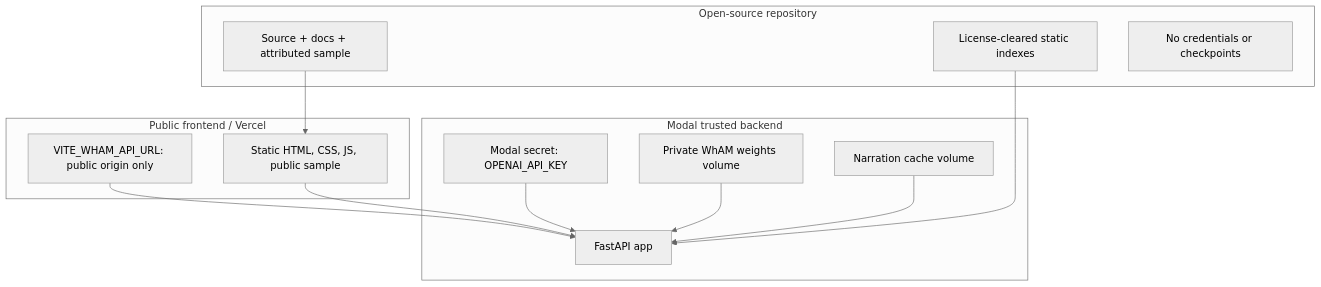
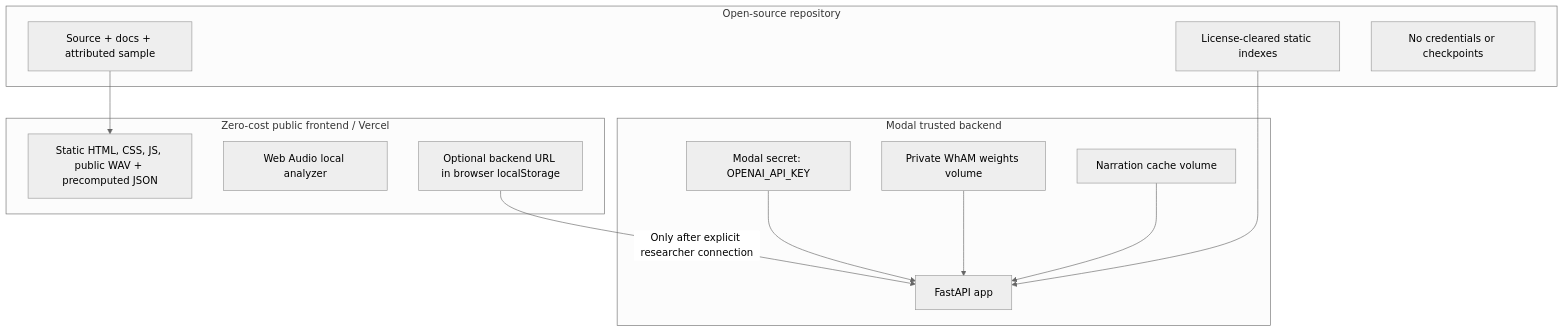
The fourth of 6 diagrams in ARCHITECTURE.md (sabbivikas/whale-acoustic-lab), drawn with Mermaid (neutral theme) before and after one commit. The commit also changed other lines of this file and 24 other files, not shown here.

Commit message:
Add zero-cost browser analysis modes

````diff
--- a/ARCHITECTURE.md
+++ b/ARCHITECTURE.md
@@ -72,25 +80,25 @@
 ```mermaid
 flowchart TB
-    subgraph Public["Public frontend / Vercel"]
-      URL["VITE_WHAM_API_URL: public origin only"]
-      APP["Static HTML, CSS, JS, public sample"]
+    subgraph Public["Zero-cost public frontend / Vercel"]
+      APP["Static HTML, CSS, JS, public WAV + precomputed JSON"]
+      LOCAL["Web Audio local analyzer"]
+      BYO["Optional backend URL in browser localStorage"]
     end
     subgraph Modal["Modal trusted backend"]
       API["FastAPI app"]
       OS["Modal secret: OPENAI_API_KEY"]
       WV["Private WhAM weights volume"]
       NC["Narration cache volume"]
     end
     subgraph Repo["Open-source repository"]
       SRC["Source + docs + attributed sample"]
       IDX["License-cleared static indexes"]
       NOWEIGHTS["No credentials or checkpoints"]
     end
-    URL --> API
-    APP --> API
+    BYO -->|"Only after explicit researcher connection"| API
     OS --> API
     WV --> API
     NC --> API
     SRC --> APP
     IDX --> API
 ```
````
